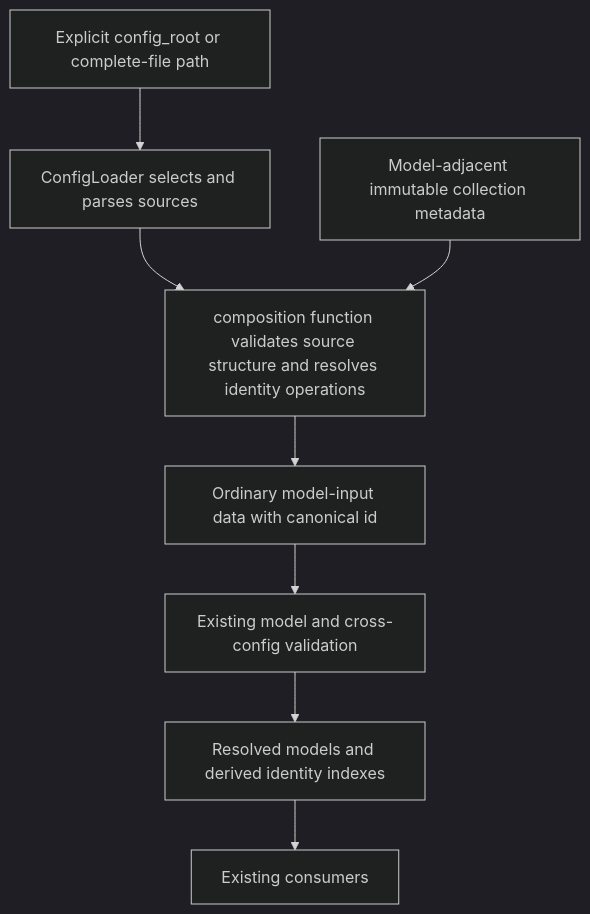
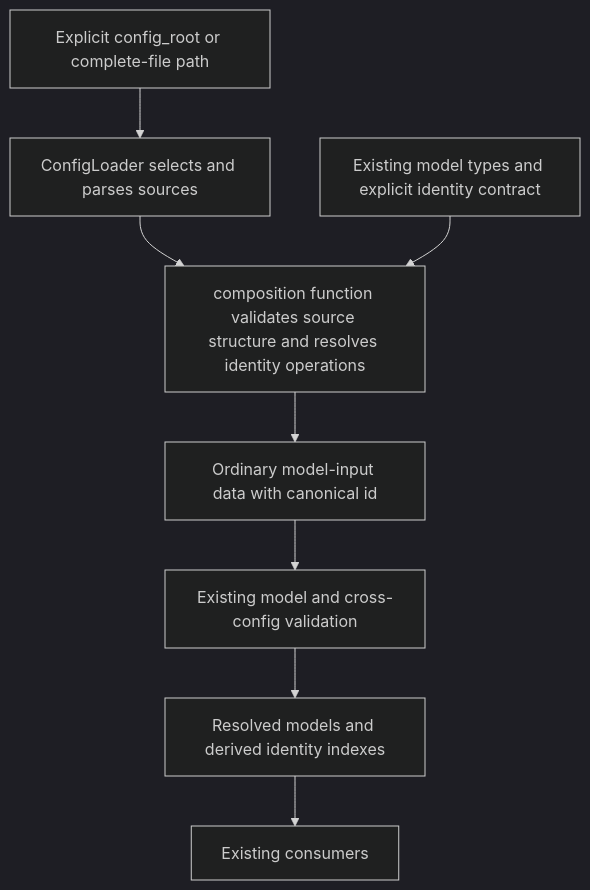
Before and after one commit to MikeyVK/phase-gate-mcp: the diagram in docs/development/issue504/design.md, drawn with Mermaid (dark theme). The commit also changed other lines of this file and 1 other file, not shown here.

````diff
--- a/docs/development/issue504/design.md
+++ b/docs/development/issue504/design.md
@@ -387,10 +341,10 @@
 ```mermaid
 flowchart TD
     A[Explicit config_root or complete-file path] --> L[ConfigLoader selects and parses sources]
     L --> C[composition function validates source structure and resolves identity operations]
-    M[Model-adjacent immutable collection metadata] --> C
+    M[Existing model types and explicit identity contract] --> C
     C --> P[Ordinary model-input data with canonical id]
     P --> V[Existing model and cross-config validation]
     V --> R[Resolved models and derived identity indexes]
     R --> U[Existing consumers]
 ```
````
